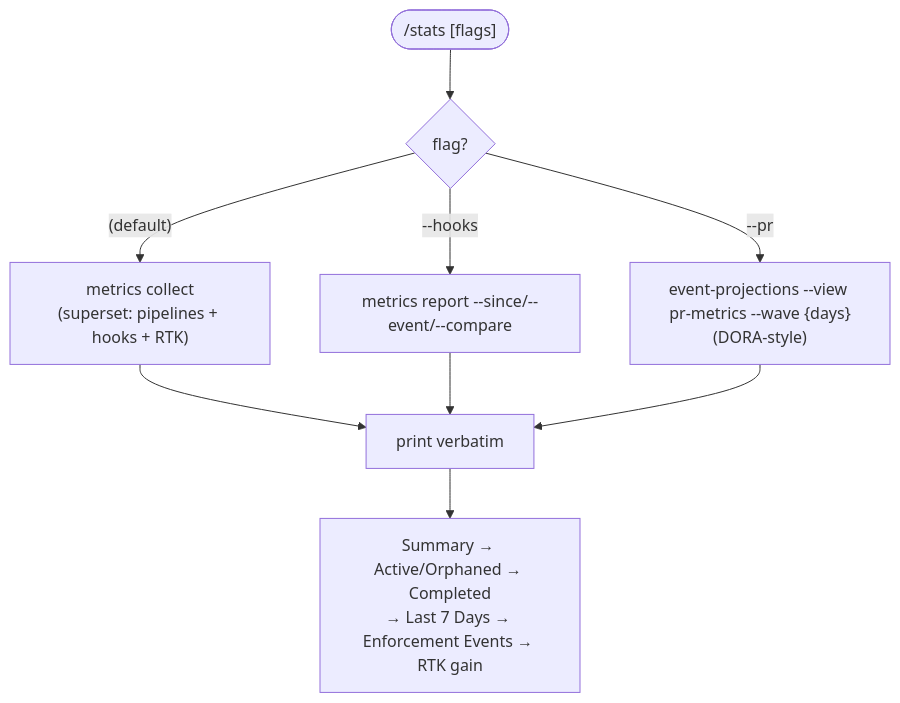
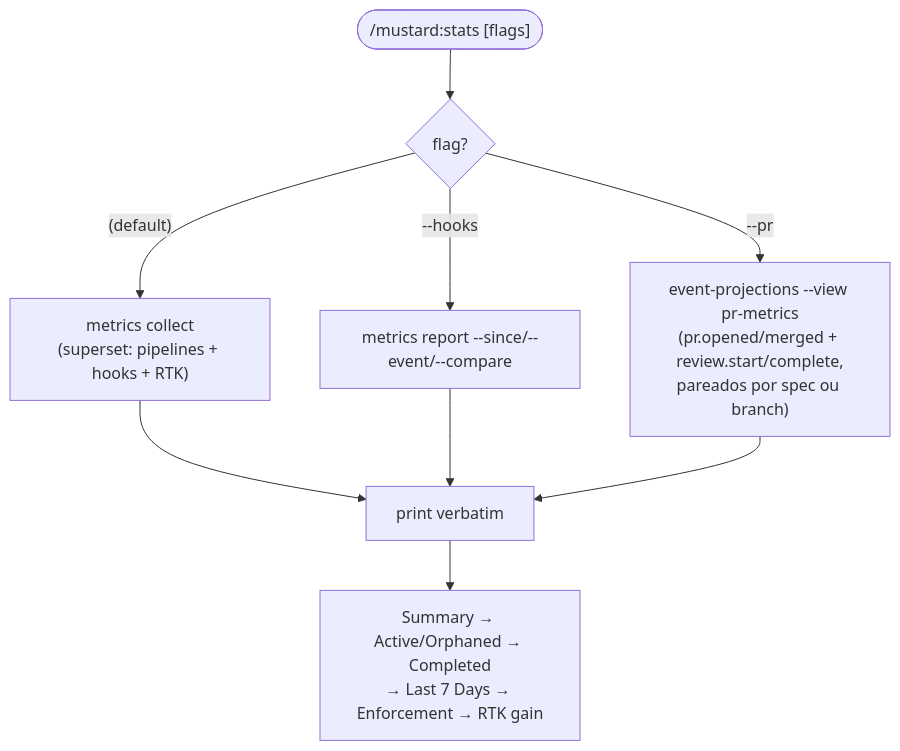
Diagram 16 of 20 in MUSTARD-COMMANDS.md (rubensrpj/mustard), drawn with Mermaid before and after one commit. The commit also changed other lines of this file and 35 other files, not shown here.

````diff
--- a/MUSTARD-COMMANDS.md
+++ b/MUSTARD-COMMANDS.md
@@ -492,11 +558,11 @@
 ```mermaid
 flowchart TD
-    start(["/stats [flags]"]) --> flag{"flag?"}
+    start(["/mustard:stats [flags]"]) --> flag{"flag?"}
     flag -->|"(default)"| coll["metrics collect<br/>(superset: pipelines + hooks + RTK)"]
     flag -->|--hooks| hooks["metrics report --since/--event/--compare"]
-    flag -->|--pr| pr["event-projections --view pr-metrics --wave {days}<br/>(DORA-style)"]
+    flag -->|--pr| pr["event-projections --view pr-metrics<br/>(pr.opened/merged + review.start/complete,<br/>pareados por spec ou branch)"]
     coll --> print["print verbatim"]
     hooks --> print
     pr --> print
-    print --> sections["Summary → Active/Orphaned → Completed<br/>→ Last 7 Days → Enforcement Events → RTK gain"]
+    print --> sections["Summary → Active/Orphaned → Completed<br/>→ Last 7 Days → Enforcement → RTK gain"]
 ```
````
